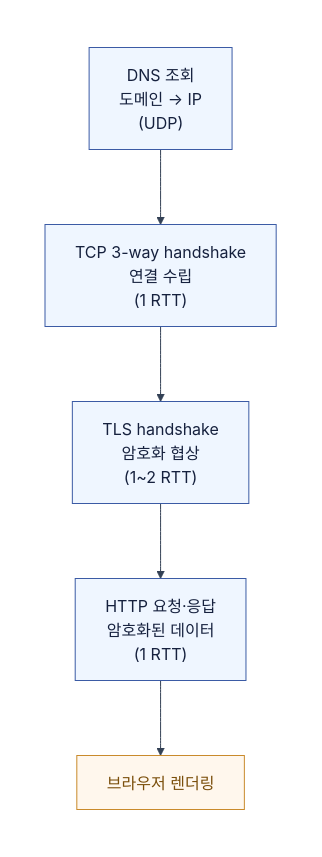
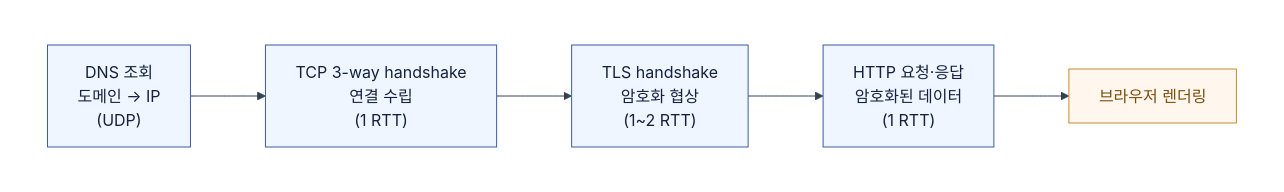
Before and after one commit to Hyune-s-lab/my-ai-study: the sixth of 6 diagrams in computer-science/2607-network-fundamentals.md, drawn with Mermaid. The commit also changed other lines of this file and 9 other files, not shown here.

````diff
--- a/computer-science/2607-network-fundamentals.md
+++ b/computer-science/2607-network-fundamentals.md
@@ -308,30 +363,30 @@
 ```mermaid
 ---
 config:
   theme: base
   darkMode: false
   themeVariables:
     background: "#ffffff"
     primaryTextColor: "#111827"
     primaryColor: "#ffffff"
     primaryBorderColor: "#475569"
     lineColor: "#334155"
     edgeLabelBackground: "#ffffff"
 ---
 flowchart LR
   subgraph canvas[" "]
-    direction TB
+    direction LR
     DNS["DNS 조회<br/>도메인 → IP<br/>(UDP)"]
     TCP["TCP 3-way handshake<br/>연결 수립<br/>(1 RTT)"]
     TLS["TLS handshake<br/>암호화 협상<br/>(1~2 RTT)"]
     HTTP["HTTP 요청·응답<br/>암호화된 데이터<br/>(1 RTT)"]
     RENDER["브라우저 렌더링"]
     DNS --> TCP --> TLS --> HTTP --> RENDER
   end
 
   classDef app fill:#EFF6FF,stroke:#3B5BA5,stroke-width:1px,color:#16213E
   classDef ctrl fill:#FFF7ED,stroke:#C98A2B,stroke-width:1px,color:#7A4E0A
   class DNS,TCP,TLS,HTTP app
   class RENDER ctrl
   style canvas fill:#ffffff,stroke:#ffffff,stroke-width:0px,color:#111827
 ```
````
